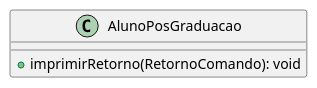
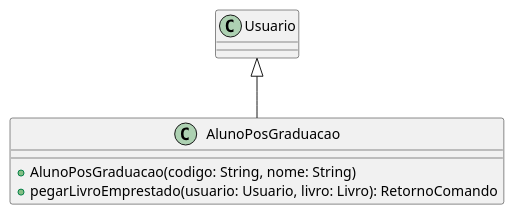
The diagram in diagrama de classes/src puml/src/usuario/AlunoPosGraduacao.puml (angelofelipe/library-system-OOP), drawn with PlantUML before and after one commit. The commit also changed 24 other files, not shown here.

Commit message:
edita diagrama na pasta usuario

```diff
--- a/diagrama de classes/src puml/src/usuario/AlunoPosGraduacao.puml
+++ b/diagrama de classes/src puml/src/usuario/AlunoPosGraduacao.puml
@@ -1,8 +1,9 @@
 @startuml
 
-class AlunoPosGraduacao  {
-
-    + imprimirRetorno(RetornoComando): void
+class AlunoPosGraduacao extends Usuario {
+    + AlunoPosGraduacao(codigo: String, nome: String)
+    + pegarLivroEmprestado(usuario: Usuario, livro: Livro): RetornoComando
 }
 
+
 @enduml
```
